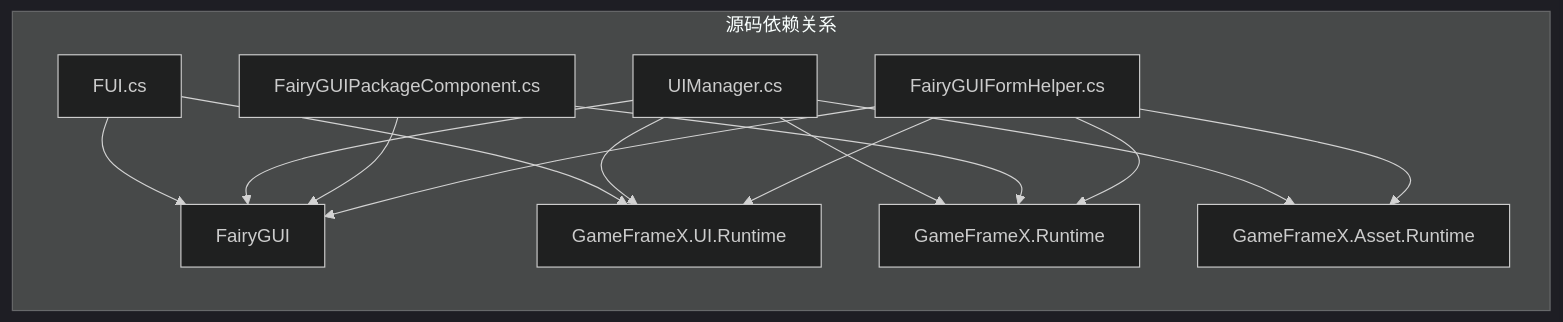
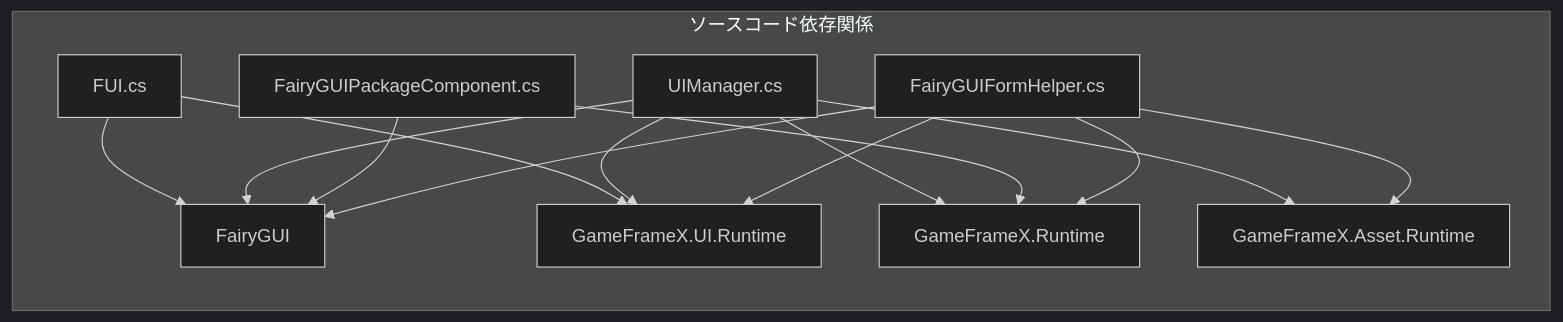
One commit to AlianBlank/GameFrameX.Docs changed the second of 2 diagrams in docs/ja/client/unity/component/ui-fairygui/05.dependencies.md. Above: the diagram before and after it, drawn with Mermaid (dark theme). The commit also changed other lines of this file and 320 other files, not shown here.

````diff
--- a/docs/ja/client/unity/component/ui-fairygui/05.dependencies.md
+++ b/docs/ja/client/unity/component/ui-fairygui/05.dependencies.md
@@ -102,20 +102,20 @@
 ```mermaid
 flowchart LR
-    subgraph SourceFiles["源码依赖关系"]
+    subgraph SourceFiles["ソースコード依存関係"]
         FUI[FUI.cs] --> FGUI[FairyGUI]
         FUI --> GFXUI[GameFrameX.UI.Runtime]
-        
+
         UIManager[UIManager.cs] --> GFX[GameFrameX.Runtime]
         UIManager --> GFXAsset[GameFrameX.Asset.Runtime]
         UIManager --> GFXUI
         UIManager --> FGUI
-        
+
         PackageComponent[FairyGUIPackageComponent.cs] --> GFX
         PackageComponent --> FGUI
-        
+
         FormHelper[FairyGUIFormHelper.cs] --> GFX
         FormHelper --> GFXAsset
         FormHelper --> GFXUI
         FormHelper --> FGUI
     end
 ```
````
